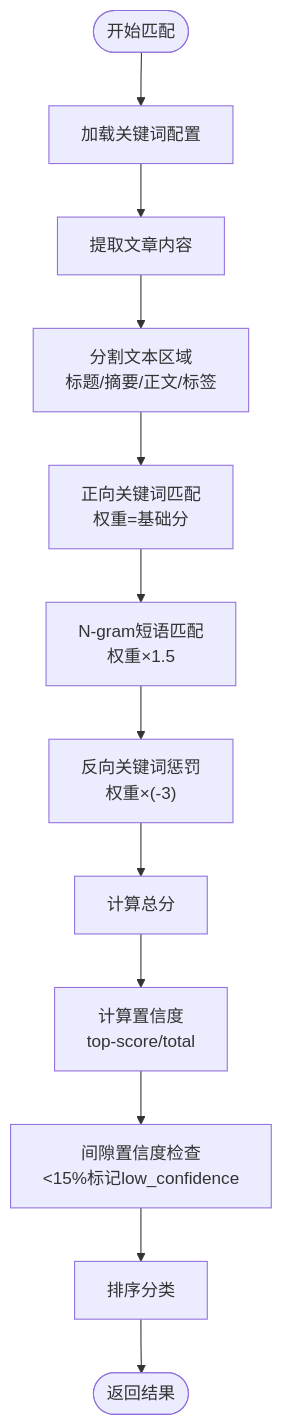
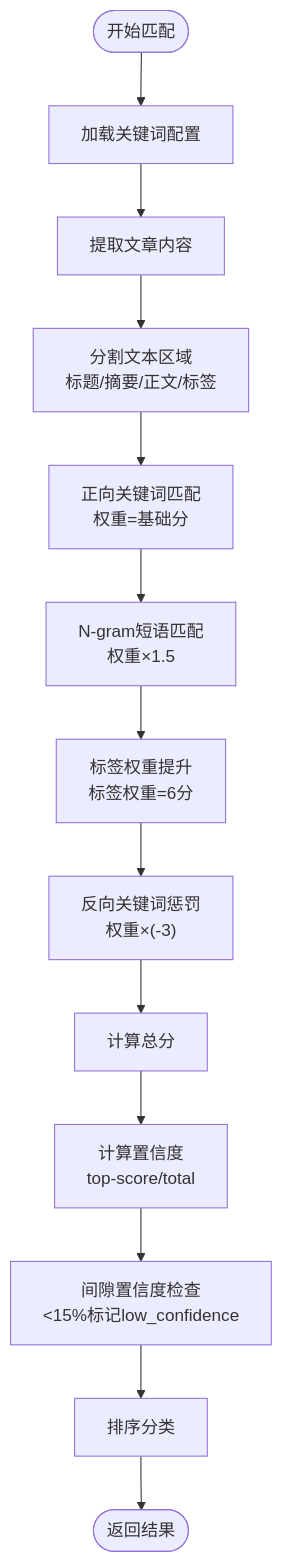
One commit to NTLx/ntlx.github.io changed the third of 7 diagrams in .qoder/repowiki/zh/content/AI 技能系统/发布自动化技能/微信文章写作管线/分类关键词系统.md. Above: the diagram before and after it, drawn with Mermaid. The commit also changed other lines of this file and 10 other files, not shown here.

````diff
--- a/.qoder/repowiki/zh/content/AI 技能系统/发布自动化技能/微信文章写作管线/分类关键词系统.md
+++ b/.qoder/repowiki/zh/content/AI 技能系统/发布自动化技能/微信文章写作管线/分类关键词系统.md
@@ -139,14 +151,15 @@
 ```mermaid
 flowchart TD
 Start([开始匹配]) --> LoadKeywords["加载关键词配置"]
 LoadKeywords --> ExtractContent["提取文章内容"]
 ExtractContent --> SplitText["分割文本区域<br/>标题/摘要/正文/标签"]
 SplitText --> KeywordMatch["正向关键词匹配<br/>权重=基础分"]
 KeywordMatch --> NGramMatch["N-gram短语匹配<br/>权重×1.5"]
-NGramMatch --> AntiKeyword["反向关键词惩罚<br/>权重×(-3)"]
+NGramMatch --> TagsWeight["标签权重提升<br/>标签权重=6分"]
+TagsWeight --> AntiKeyword["反向关键词惩罚<br/>权重×(-3)"]
 AntiKeyword --> CalculateScore["计算总分"]
 CalculateScore --> Confidence["计算置信度<br/>top-score/total"]
 Confidence --> GapCheck["间隙置信度检查<br/><15%标记low_confidence"]
 GapCheck --> RankCategories["排序分类"]
 RankCategories --> End([返回结果])
 ```
````
